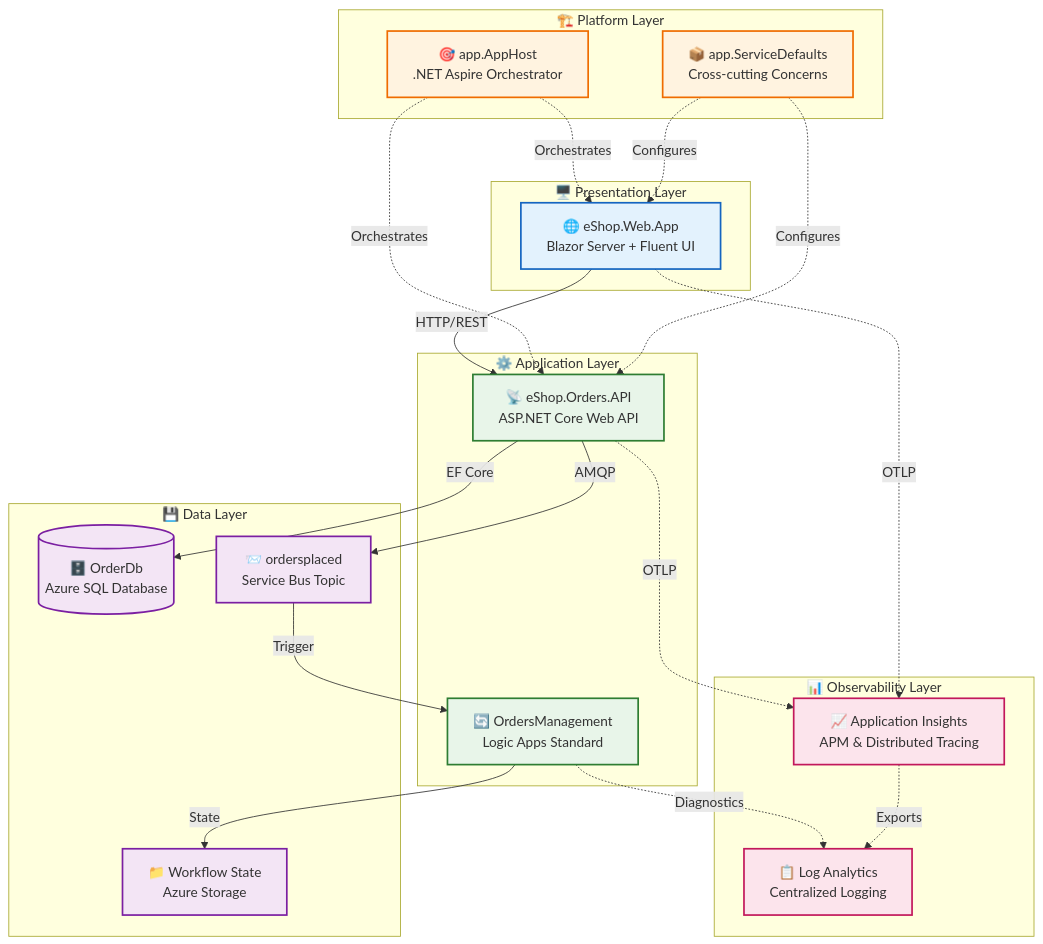
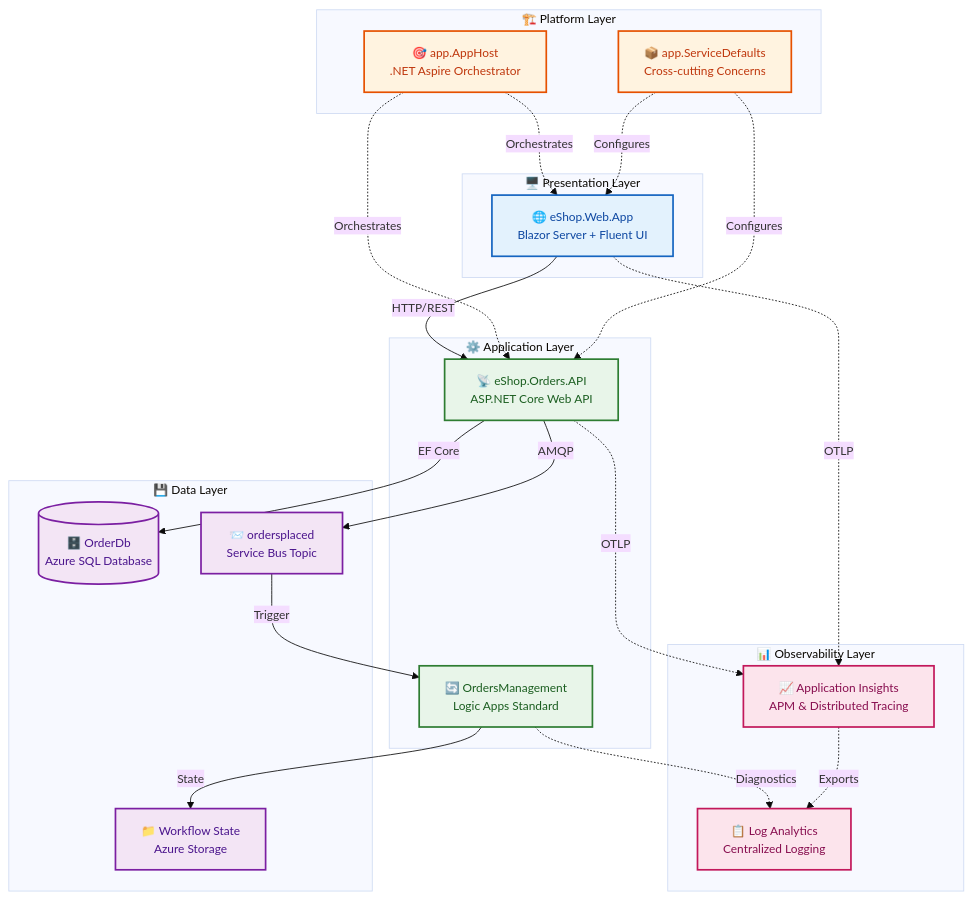
The diagram in docs/architecture/README.md (Evilazaro/Azure-LogicApps-Monitoring), drawn with Mermaid before and after one commit.

Commit message:
Enhance architecture documentation with improved Mermaid diagram styles for accessibility compliance

````diff
--- a/docs/architecture/README.md
+++ b/docs/architecture/README.md
@@ -24,55 +24,57 @@
 ```mermaid
+%%{init: {'theme': 'base', 'themeVariables': { 'fontSize': '14px'}}}%%
 flowchart TD
     subgraph Presentation["🖥️ Presentation Layer"]
         WebApp["🌐 eShop.Web.App<br/>Blazor Server + Fluent UI"]
     end
 
     subgraph Application["⚙️ Application Layer"]
         API["📡 eShop.Orders.API<br/>ASP.NET Core Web API"]
         LogicApp["🔄 OrdersManagement<br/>Logic Apps Standard"]
     end
 
     subgraph Platform["🏗️ Platform Layer"]
         Aspire["🎯 app.AppHost<br/>.NET Aspire Orchestrator"]
         Defaults["📦 app.ServiceDefaults<br/>Cross-cutting Concerns"]
     end
 
     subgraph Data["💾 Data Layer"]
         SQL[("🗄️ OrderDb<br/>Azure SQL Database")]
         ServiceBus["📨 ordersplaced<br/>Service Bus Topic"]
         Storage["📁 Workflow State<br/>Azure Storage"]
     end
 
     subgraph Observability["📊 Observability Layer"]
         AppInsights["📈 Application Insights<br/>APM & Distributed Tracing"]
         LogAnalytics["📋 Log Analytics<br/>Centralized Logging"]
     end
 
     WebApp -->|"HTTP/REST"| API
     API -->|"EF Core"| SQL
     API -->|"AMQP"| ServiceBus
     ServiceBus -->|"Trigger"| LogicApp
     LogicApp -->|"State"| Storage
 
     Aspire -.->|"Orchestrates"| WebApp
     Aspire -.->|"Orchestrates"| API
     Defaults -.->|"Configures"| WebApp
     Defaults -.->|"Configures"| API
 
     WebApp -.->|"OTLP"| AppInsights
     API -.->|"OTLP"| AppInsights
     LogicApp -.->|"Diagnostics"| LogAnalytics
     AppInsights -.->|"Exports"| LogAnalytics
 
-    classDef presentation fill:#e3f2fd,stroke:#1565c0,stroke-width:2px
-    classDef application fill:#e8f5e9,stroke:#2e7d32,stroke-width:2px
-    classDef platform fill:#fff3e0,stroke:#ef6c00,stroke-width:2px
-    classDef data fill:#f3e5f5,stroke:#7b1fa2,stroke-width:2px
-    classDef observability fill:#fce4ec,stroke:#c2185b,stroke-width:2px
+    %% Accessible color palette with explicit text colors for WCAG compliance
+    classDef presentation fill:#e3f2fd,stroke:#1565c0,stroke-width:2px,color:#0d47a1
+    classDef application fill:#e8f5e9,stroke:#2e7d32,stroke-width:2px,color:#1b5e20
+    classDef platform fill:#fff3e0,stroke:#e65100,stroke-width:2px,color:#bf360c
+    classDef data fill:#f3e5f5,stroke:#7b1fa2,stroke-width:2px,color:#4a148c
+    classDef observability fill:#fce4ec,stroke:#c2185b,stroke-width:2px,color:#880e4f
 
     class WebApp presentation
     class API,LogicApp application
     class Aspire,Defaults platform
     class SQL,ServiceBus,Storage data
     class AppInsights,LogAnalytics observability
 ```
````
